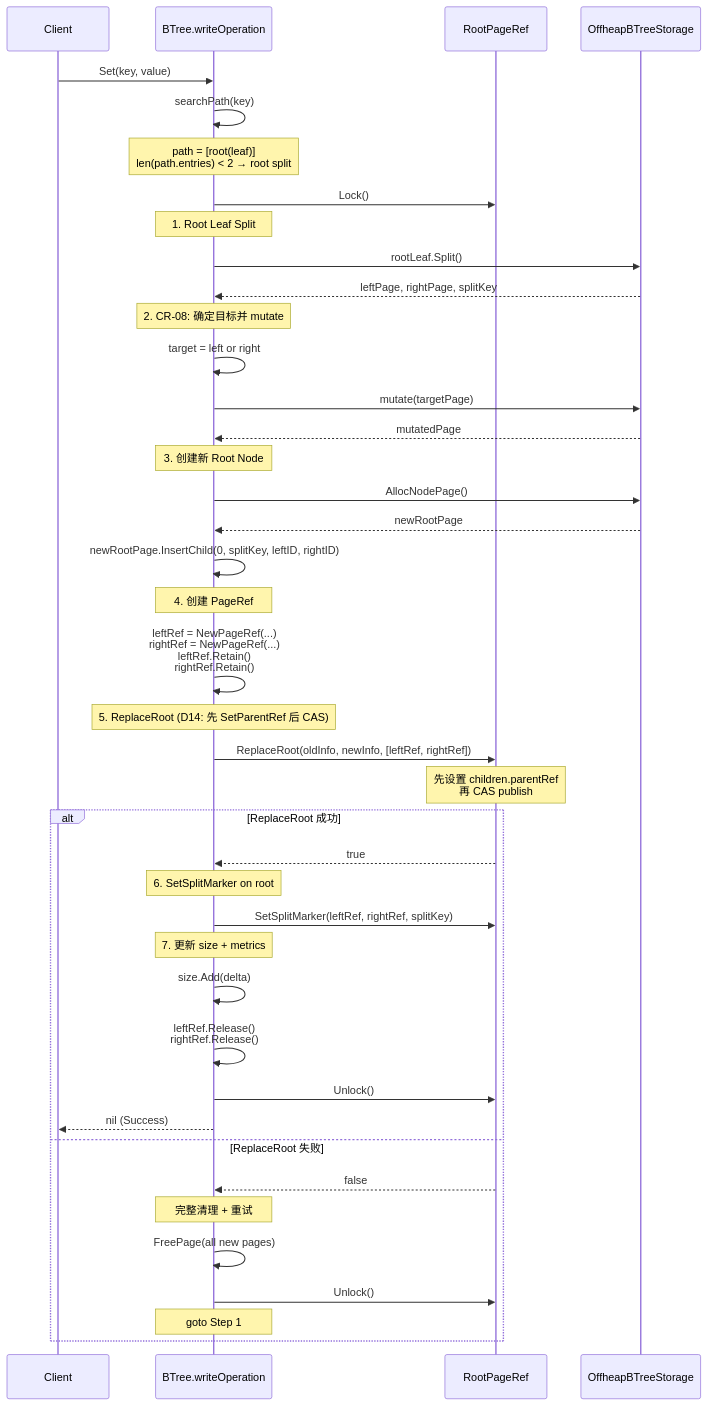
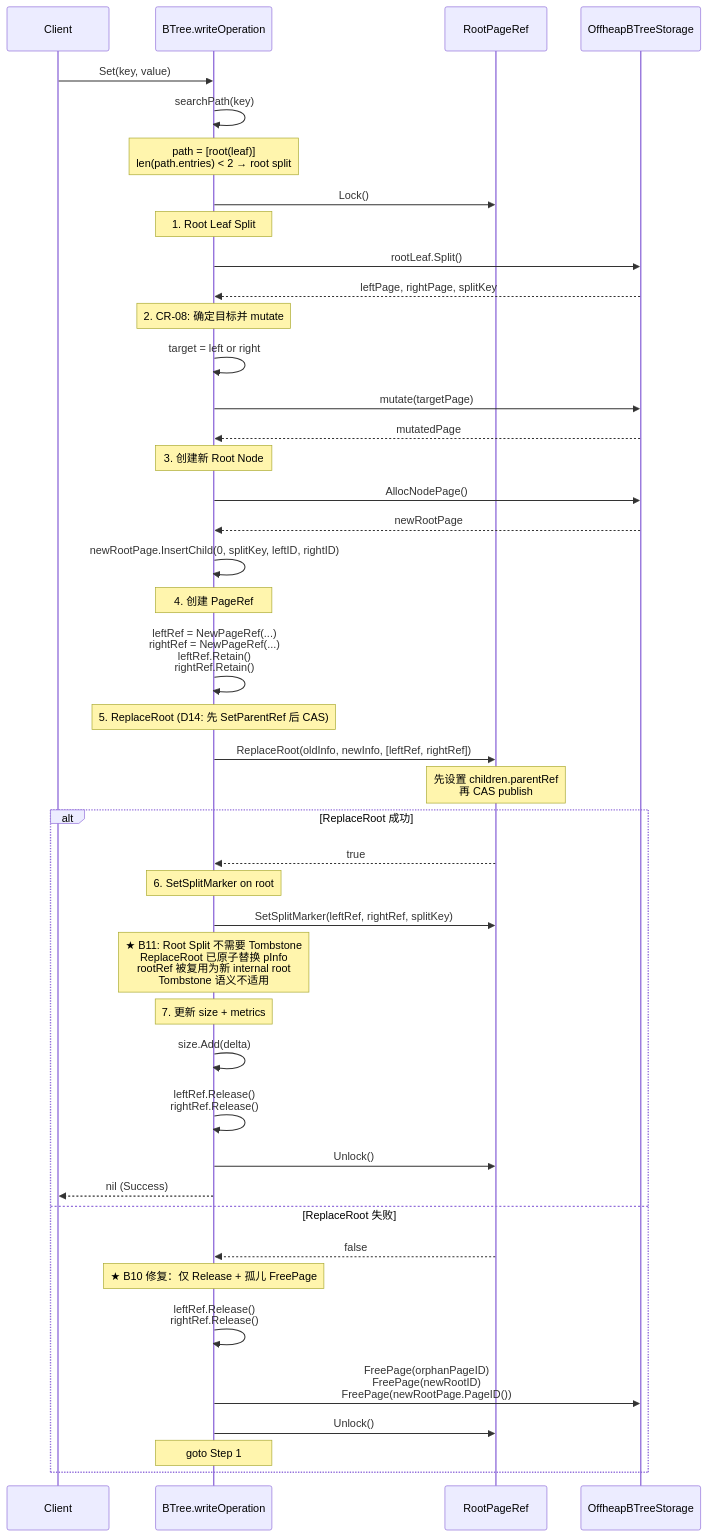
The third of 5 diagrams in docs/07_spike/btree-refactor/2026-04-02-btree-split-implement.md (jzhang405/NexKV), drawn with Mermaid before and after one commit. The commit also changed other lines of this file, not shown here.

First line of the commit message:
docs(btree): Split 实现详解 v1.9 — 补充 B20 安全性论证

````diff
--- a/docs/07_spike/btree-refactor/2026-04-02-btree-split-implement.md
+++ b/docs/07_spike/btree-refactor/2026-04-02-btree-split-implement.md
@@ -609,53 +684,56 @@
 ```mermaid
 sequenceDiagram
     participant Client
     participant BTree as BTree.writeOperation
     participant RootRef as RootPageRef
     participant Storage as OffheapBTreeStorage
 
     Client->>BTree: Set(key, value)
     BTree->>BTree: searchPath(key)
     Note over BTree: path = [root(leaf)]<br/>len(path.entries) < 2 → root split
 
     BTree->>RootRef: Lock()
 
     Note over BTree: 1. Root Leaf Split
     BTree->>Storage: rootLeaf.Split()
     Storage-->>BTree: leftPage, rightPage, splitKey
 
     Note over BTree: 2. CR-08: 确定目标并 mutate
     BTree->>BTree: target = left or right
     BTree->>Storage: mutate(targetPage)
     Storage-->>BTree: mutatedPage
 
     Note over BTree: 3. 创建新 Root Node
     BTree->>Storage: AllocNodePage()
     Storage-->>BTree: newRootPage
     BTree->>BTree: newRootPage.InsertChild(0, splitKey, leftID, rightID)
 
     Note over BTree: 4. 创建 PageRef
     BTree->>BTree: leftRef = NewPageRef(...)<br/>rightRef = NewPageRef(...)<br/>leftRef.Retain()<br/>rightRef.Retain()
 
     Note over BTree: 5. ReplaceRoot (D14: 先 SetParentRef 后 CAS)
     BTree->>RootRef: ReplaceRoot(oldInfo, newInfo, [leftRef, rightRef])
     Note over RootRef: 先设置 children.parentRef<br/>再 CAS publish
 
     alt ReplaceRoot 成功
         RootRef-->>BTree: true
 
         Note over BTree: 6. SetSplitMarker on root
         BTree->>RootRef: SetSplitMarker(leftRef, rightRef, splitKey)
 
+        Note over BTree: ★ B11: Root Split 不需要 Tombstone<br/>ReplaceRoot 已原子替换 pInfo<br/>rootRef 被复用为新 internal root<br/>Tombstone 语义不适用
+
         Note over BTree: 7. 更新 size + metrics
         BTree->>BTree: size.Add(delta)
         BTree->>BTree: leftRef.Release()<br/>rightRef.Release()
         BTree->>RootRef: Unlock()
         BTree-->>Client: nil (Success)
     else ReplaceRoot 失败
         RootRef-->>BTree: false
-        Note over BTree: 完整清理 + 重试
-        BTree->>BTree: FreePage(all new pages)
+        Note over BTree: ★ B10 修复：仅 Release + 孤儿 FreePage
+        BTree->>BTree: leftRef.Release()<br/>rightRef.Release()
+        BTree->>Storage: FreePage(orphanPageID)<br/>FreePage(newRootID)<br/>FreePage(newRootPage.PageID())
         BTree->>RootRef: Unlock()
         Note over BTree: goto Step 1
     end
 ```
````
